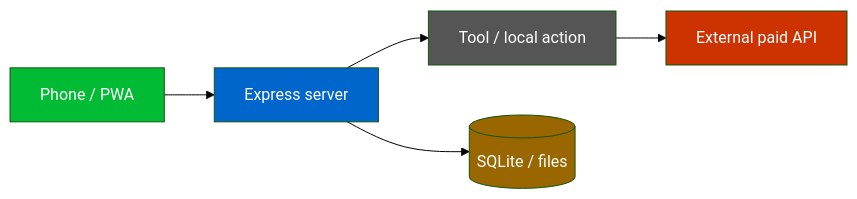
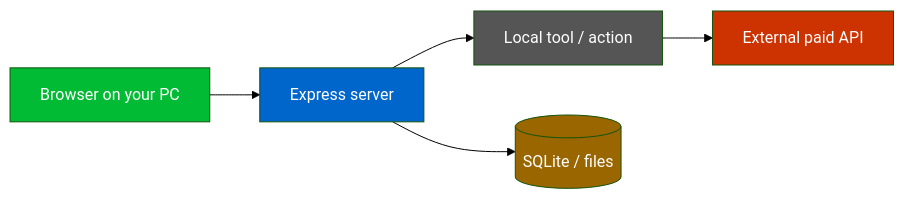
Before and after one commit to NikoloziGagua/AVA: the first of 7 diagrams in docs/ARCHITECTURE.md, drawn with Mermaid (forest theme). The commit also changed other lines of this file and 10 other files, not shown here.

````diff
--- a/docs/ARCHITECTURE.md
+++ b/docs/ARCHITECTURE.md
@@ -30,15 +47,15 @@
 ```mermaid
 flowchart LR
-  phone[Phone / PWA]:::client
+  pc[Browser on your PC]:::client
   srv[Express server]:::server
-  tool[Tool / local action]:::tool
+  tool[Local tool / action]:::tool
   ext[External paid API]:::paid
   store[(SQLite / files)]:::data
-  phone --> srv --> tool --> ext
+  pc --> srv --> tool --> ext
   srv --> store
   classDef client fill:#0b3,color:#fff
   classDef server fill:#06c,color:#fff
   classDef tool fill:#555,color:#fff
   classDef paid fill:#c30,color:#fff
   classDef data fill:#960,color:#fff
 ```
````
